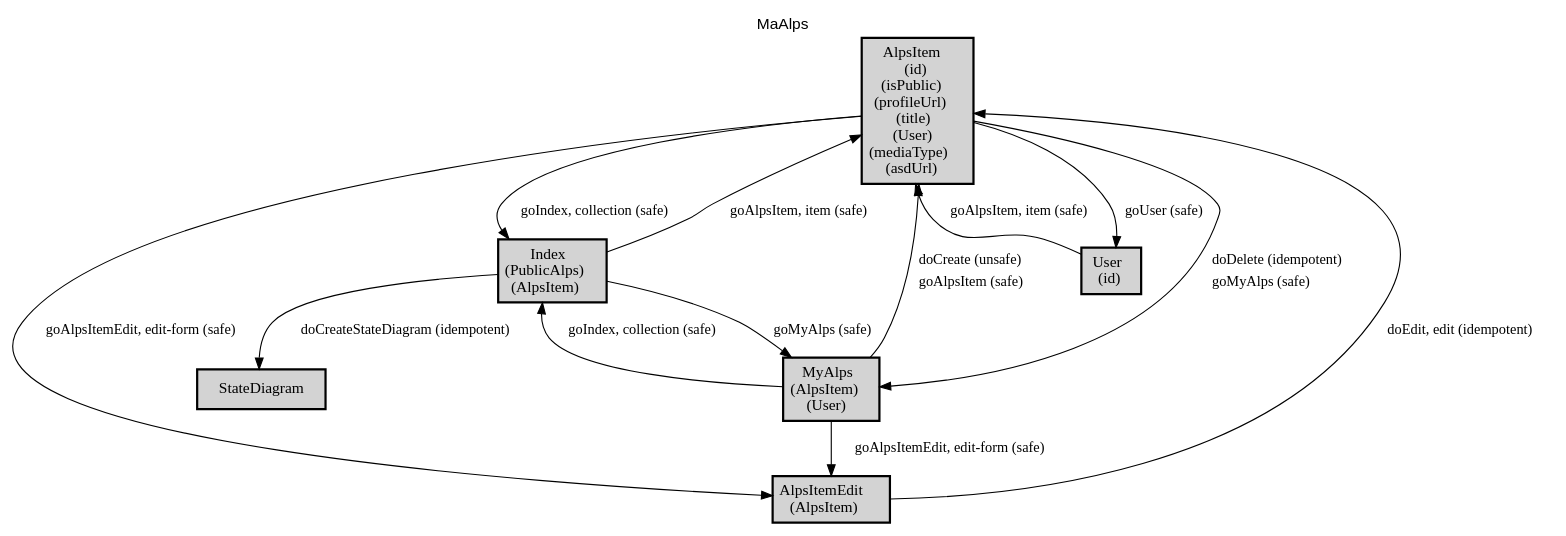
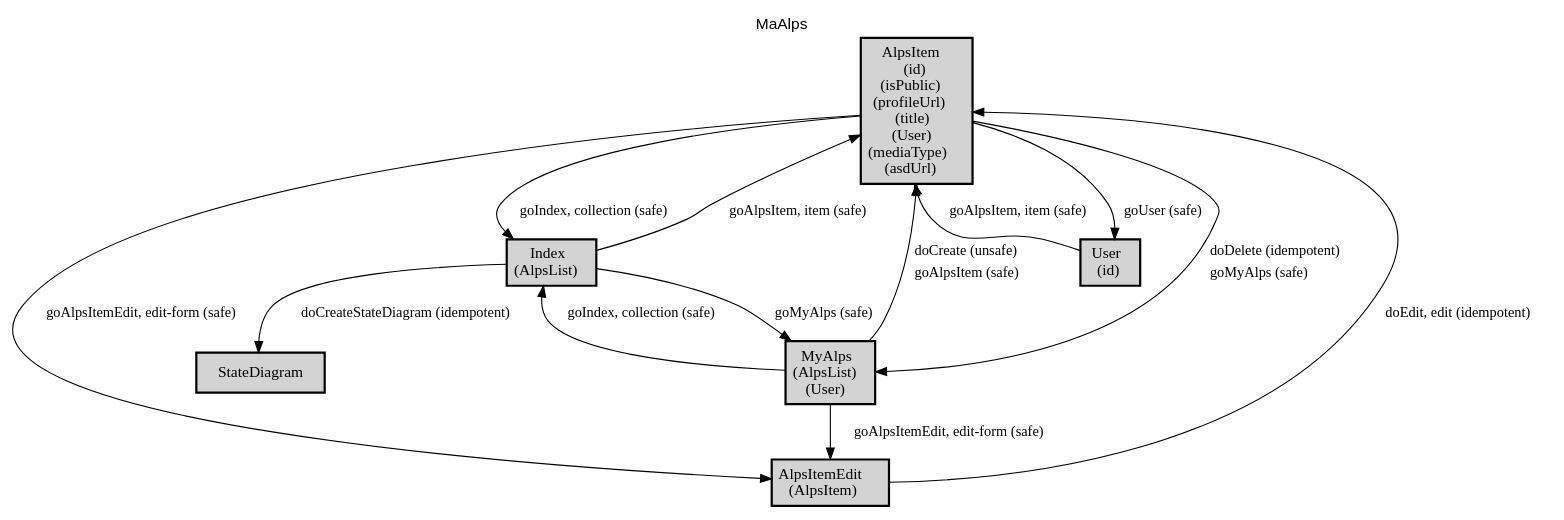
One commit to ma-alps/spec changed the diagram in docs/profile.dot. Above: the diagram before and after it, drawn with Graphviz. The commit also changed 4 other files, not shown here.

```diff
--- a/docs/profile.dot
+++ b/docs/profile.dot
@@ -1,31 +1,31 @@
 digraph application_state_diagram {
   graph [
     labelloc="t";
     fontname="Helvetica"
     label="MaAlps";
     URL="index.html" target="_parent"
   ];
   node [shape = box, style = "bold,filled" fillcolor="lightgray"];
 
     AlpsItem [margin=0.02, label=<<table cellspacing="0" cellpadding="5" border="0"><tr><td>AlpsItem<br />(id)<br />(isPublic)<br />(profileUrl)<br />(title)<br />(User)<br />(mediaType)<br />(asdUrl)<br /></td></tr></table>>,shape=box URL="docs/semantic.AlpsItem.html" target="_parent"]
     AlpsItemEdit [margin=0.02, label=<<table cellspacing="0" cellpadding="5" border="0"><tr><td>AlpsItemEdit<br />(AlpsItem)<br /></td></tr></table>>,shape=box URL="docs/semantic.AlpsItemEdit.html" target="_parent"]
-    Index [margin=0.02, label=<<table cellspacing="0" cellpadding="5" border="0"><tr><td>Index<br />(PublicAlps)<br />(AlpsItem)<br /></td></tr></table>>,shape=box URL="docs/semantic.Index.html" target="_parent"]
-    MyAlps [margin=0.02, label=<<table cellspacing="0" cellpadding="5" border="0"><tr><td>MyAlps<br />(AlpsItem)<br />(User)<br /></td></tr></table>>,shape=box URL="docs/semantic.MyAlps.html" target="_parent"]
+    Index [margin=0.02, label=<<table cellspacing="0" cellpadding="5" border="0"><tr><td>Index<br />(AlpsList)<br /></td></tr></table>>,shape=box URL="docs/semantic.Index.html" target="_parent"]
+    MyAlps [margin=0.02, label=<<table cellspacing="0" cellpadding="5" border="0"><tr><td>MyAlps<br />(AlpsList)<br />(User)<br /></td></tr></table>>,shape=box URL="docs/semantic.MyAlps.html" target="_parent"]
     User [margin=0.02, label=<<table cellspacing="0" cellpadding="5" border="0"><tr><td>User<br />(id)<br /></td></tr></table>>,shape=box URL="docs/semantic.User.html" target="_parent"]
 
     AlpsItem -> AlpsItemEdit [label = "goAlpsItemEdit, edit-form (safe)" URL="docs/safe.goAlpsItemEdit.html" target="_parent" fontsize=13];
     AlpsItem -> Index [label = "goIndex, collection (safe)" URL="docs/safe.goIndex.html" target="_parent" fontsize=13];
     AlpsItem -> MyAlps [label=<<table  border="0"><tr><td align="left" href="docs/idempotent.doDelete.html">doDelete (idempotent)</td></tr><tr><td align="left" href="docs/safe.goMyAlps.html">goMyAlps (safe)</td></tr></table>> fontsize=13];
     AlpsItem -> User [label = "goUser (safe)" URL="docs/safe.goUser.html" target="_parent" fontsize=13];
     AlpsItemEdit -> AlpsItem [label = "doEdit, edit (idempotent)" URL="docs/idempotent.doEdit.html" target="_parent" fontsize=13];
     Index -> AlpsItem [label = "goAlpsItem, item (safe)" URL="docs/safe.goAlpsItem.html" target="_parent" fontsize=13];
     Index -> MyAlps [label = "goMyAlps (safe)" URL="docs/safe.goMyAlps.html" target="_parent" fontsize=13];
     Index -> StateDiagram [label = "doCreateStateDiagram (idempotent)" URL="docs/idempotent.doCreateStateDiagram.html" target="_parent" fontsize=13];
     MyAlps -> AlpsItem [label=<<table  border="0"><tr><td align="left" href="docs/unsafe.doCreate.html">doCreate (unsafe)</td></tr><tr><td align="left" href="docs/safe.goAlpsItem.html">goAlpsItem (safe)</td></tr></table>> fontsize=13];
     MyAlps -> AlpsItemEdit [label = "goAlpsItemEdit, edit-form (safe)" URL="docs/safe.goAlpsItemEdit.html" target="_parent" fontsize=13];
     MyAlps -> Index [label = "goIndex, collection (safe)" URL="docs/safe.goIndex.html" target="_parent" fontsize=13];
     User -> AlpsItem [label = "goAlpsItem, item (safe)" URL="docs/safe.goAlpsItem.html" target="_parent" fontsize=13];
 
     StateDiagram [URL="docs/semantic.StateDiagram.html" target="_parent"]
 
 }
```
